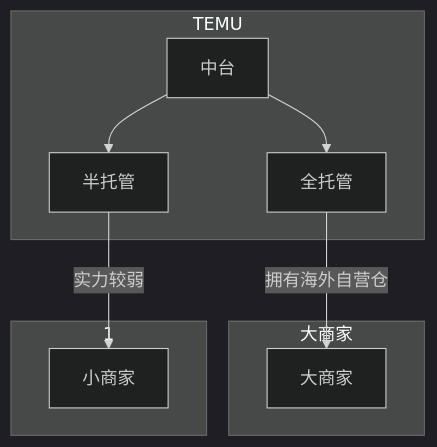
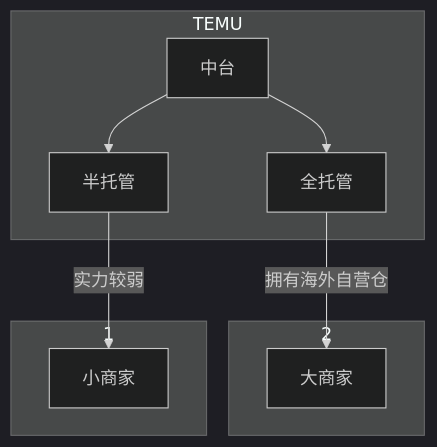
One commit to Zora0203/iodraw-files changed the diagram in all/TEMU链路图.md. Above: the diagram before and after it, drawn with Mermaid (dark theme).

Commit message:
2024-12-06 16:34:42 update

````diff
--- a/all/TEMU链路图.md
+++ b/all/TEMU链路图.md
@@ -1,18 +1,18 @@
 ```mermaid
 flowchart TB
 
 
     subgraph TEMU
     c1[中台]-->quan
     c1-->ban
     end
     
      subgraph 1
    ban[半托管]--实力较弱--> a1[小商家]
     end
 
 
-    subgraph 大商家
+    subgraph 2
     quan[全托管]--拥有海外自营仓-->b1[大商家]
     end
 ```
````
